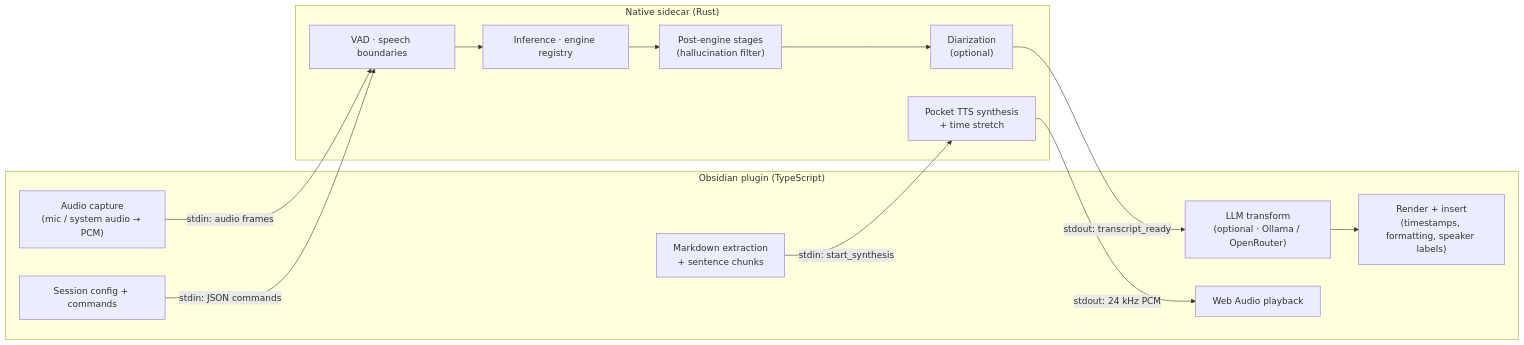
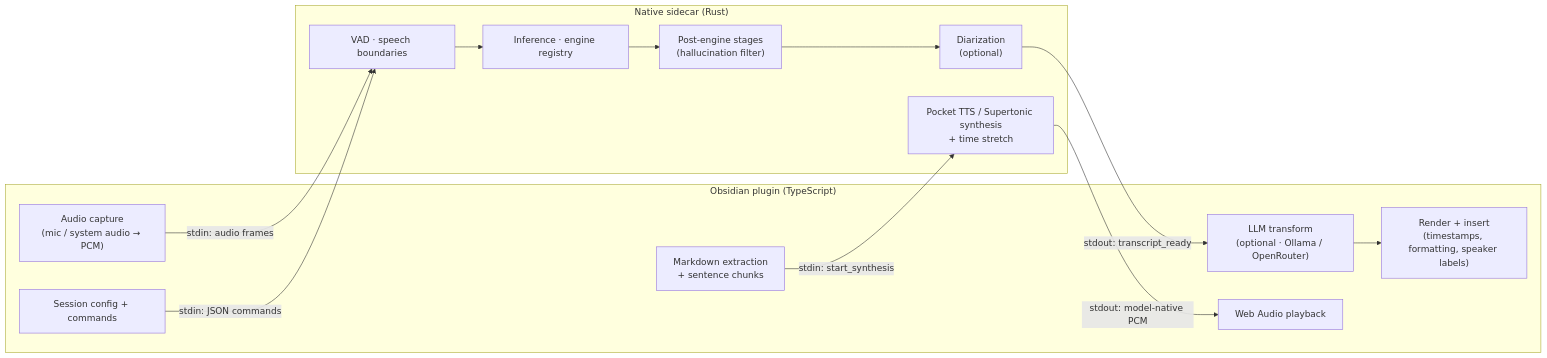
The first of 6 diagrams in docs/system-architecture.md (brittain9/local-dictation-obsidian-plugin), drawn with Mermaid before and after one commit. The commit also changed other lines of this file and 36 other files, not shown here.

````diff
--- a/docs/system-architecture.md
+++ b/docs/system-architecture.md
@@ -16,26 +16,26 @@
 ```mermaid
 flowchart LR
     subgraph Plugin ["Obsidian plugin (TypeScript)"]
         CAP["Audio capture<br/>(mic / system audio → PCM)"]
         CFG["Session config + commands"]
         LLM["LLM transform<br/>(optional · Ollama / OpenRouter)"]
         REND["Render + insert<br/>(timestamps, formatting, speaker labels)"]
         TEXT["Markdown extraction<br/>+ sentence chunks"]
         PLAY["Web Audio playback"]
     end
 
     subgraph Sidecar ["Native sidecar (Rust)"]
         VAD["VAD · speech boundaries"]
         INF["Inference · engine registry"]
         STAGE["Post-engine stages<br/>(hallucination filter)"]
         DIA["Diarization<br/>(optional)"]
-        SYNTH["Pocket TTS synthesis<br/>+ time stretch"]
+        SYNTH["Pocket TTS / Supertonic synthesis<br/>+ time stretch"]
         VAD --> INF --> STAGE --> DIA
     end
 
     CAP -->|"stdin: audio frames"| VAD
     CFG -->|"stdin: JSON commands"| VAD
     DIA -->|"stdout: transcript_ready"| LLM --> REND
     TEXT -->|"stdin: start_synthesis"| SYNTH
-    SYNTH -->|"stdout: 24 kHz PCM"| PLAY
+    SYNTH -->|"stdout: model-native PCM"| PLAY
 ```
````
